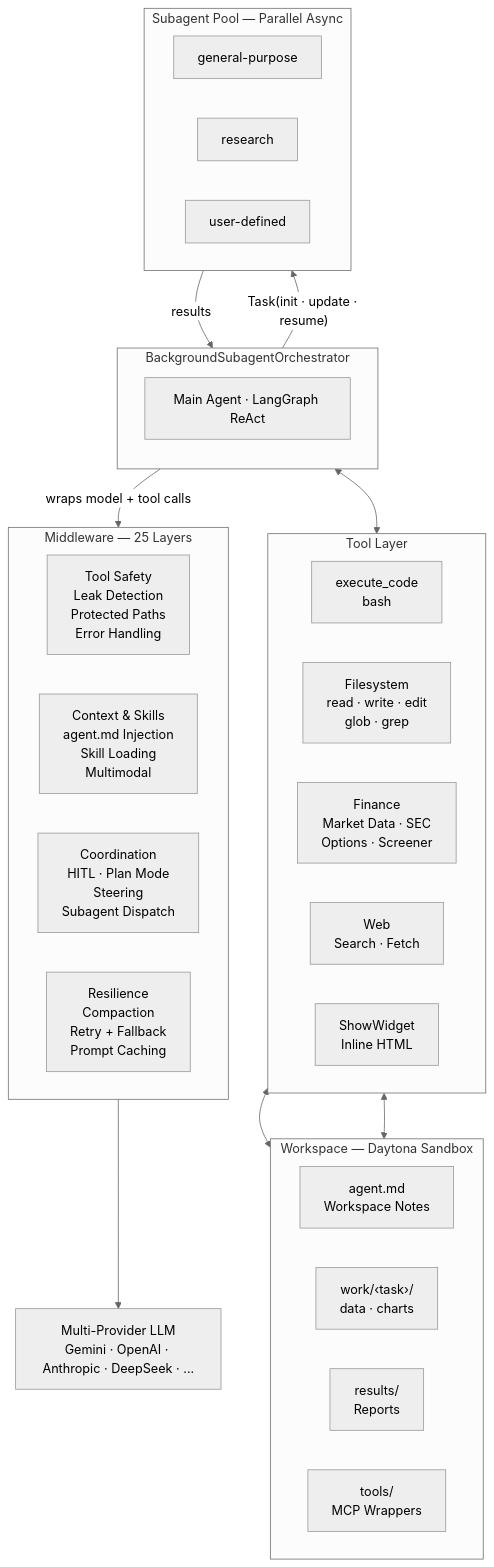
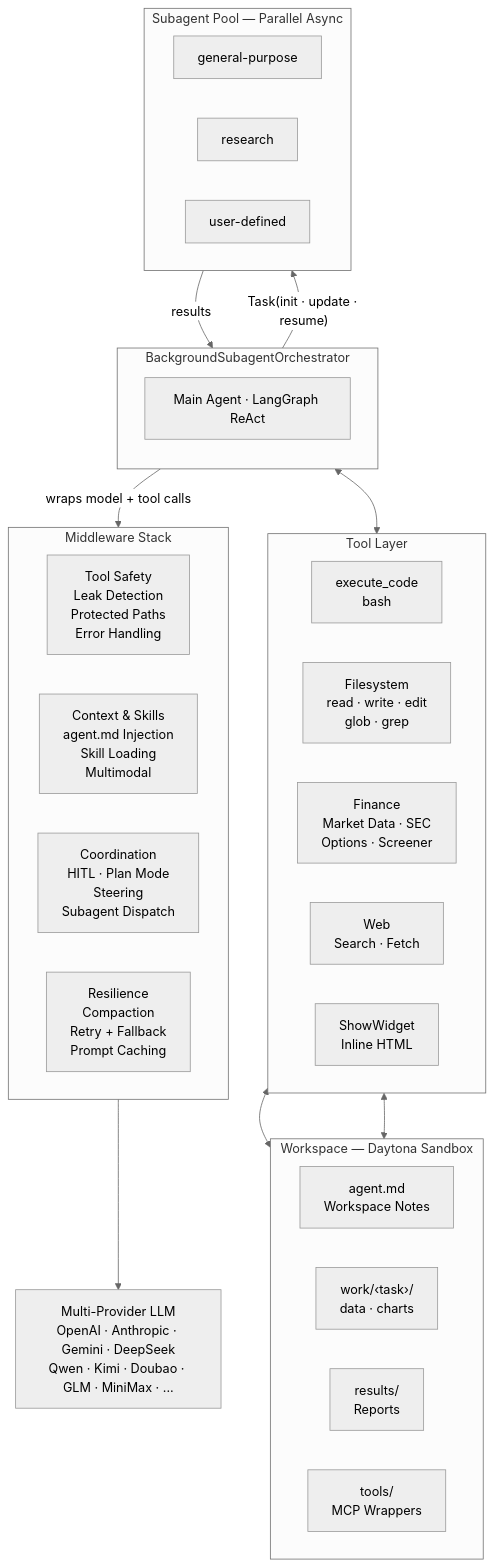
Before and after one commit to gittzz/langalpha: the third of 3 diagrams in README.md, drawn with Mermaid. The commit also changed other lines of this file and 1 other file, not shown here.

First line of the commit message:
docs(readme): refresh to match current architecture and features

````diff
--- a/README.md
+++ b/README.md
@@ -243,52 +251,52 @@
 ```mermaid
 %%{init: {'theme': 'neutral'}}%%
 
 flowchart TB
     subgraph Orchestrator ["BackgroundSubagentOrchestrator"]
         direction TB
         Agent["Main Agent · LangGraph ReAct"]
     end
 
     Agent -- "Task(init · update · resume)" --> SubPool
     SubPool -- "results" --> Orchestrator
 
     subgraph SubPool ["Subagent Pool — Parallel Async"]
         direction LR
         S1["general-purpose"]
         S2["research"]
         S3["user-defined"]
     end
 
-    subgraph Middleware ["Middleware — 25 Layers"]
+    subgraph Middleware ["Middleware Stack"]
         direction LR
         MW1["Tool Safety<br/>Leak Detection<br/>Protected Paths<br/>Error Handling"]
         MW2["Context & Skills<br/>agent.md Injection<br/>Skill Loading<br/>Multimodal"]
         MW3["Coordination<br/>HITL · Plan Mode<br/>Steering<br/>Subagent Dispatch"]
         MW4["Resilience<br/>Compaction<br/>Retry + Fallback<br/>Prompt Caching"]
     end
 
     Agent -- "wraps model + tool calls" --> Middleware
-    Middleware --> LLM["Multi-Provider LLM<br/>Gemini · OpenAI · Anthropic · DeepSeek · ..."]
+    Middleware --> LLM["Multi-Provider LLM<br/>OpenAI · Anthropic · Gemini · DeepSeek<br/>Qwen · Kimi · Doubao · GLM · MiniMax · ..."]
 
     Agent <--> Tools
 
     subgraph Tools ["Tool Layer"]
         direction LR
         T1["execute_code<br/>bash"]
         T2["Filesystem<br/>read · write · edit<br/>glob · grep"]
         T3["Finance<br/>Market Data · SEC<br/>Options · Screener"]
         T4["Web<br/>Search · Fetch"]
         T5["ShowWidget<br/>Inline HTML"]
     end
 
     T1 <--> Workspace
     T2 <--> Workspace
 
     subgraph Workspace ["Workspace — Daytona Sandbox"]
         direction LR
         W1["agent.md<br/>Workspace Notes"]
         W2["work/‹task›/<br/>data · charts"]
         W3["results/<br/>Reports"]
         W4["tools/<br/>MCP Wrappers"]
     end
 ```
````
